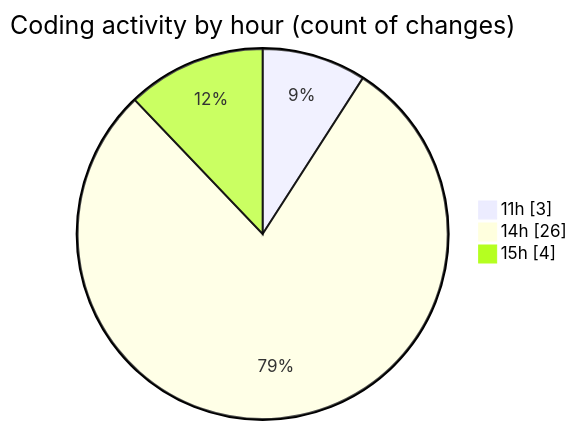
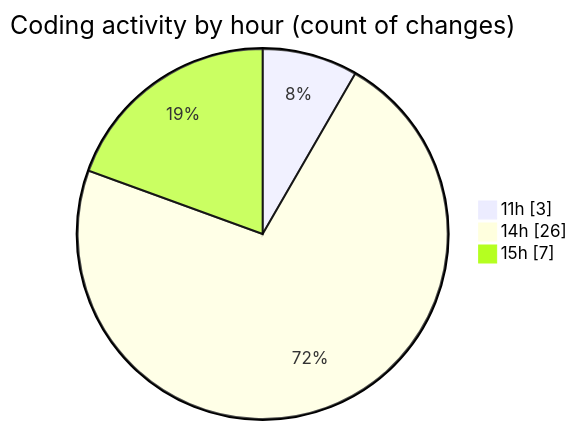
The second of 2 diagrams in 2025-04-30/masm-lsp/README.md (charlie-sans/code-tracking), drawn with Mermaid before and after one commit. The commit also changed other lines of this file and 1 other file, not shown here.

````diff
--- a/2025-04-30/masm-lsp/README.md
+++ b/2025-04-30/masm-lsp/README.md
@@ -31,7 +31,7 @@
 ```mermaid
 pie showData
 title Coding activity by hour (count of changes)
 "11h" : 3
 "14h" : 26
-"15h" : 4
+"15h" : 7
 ```
````
